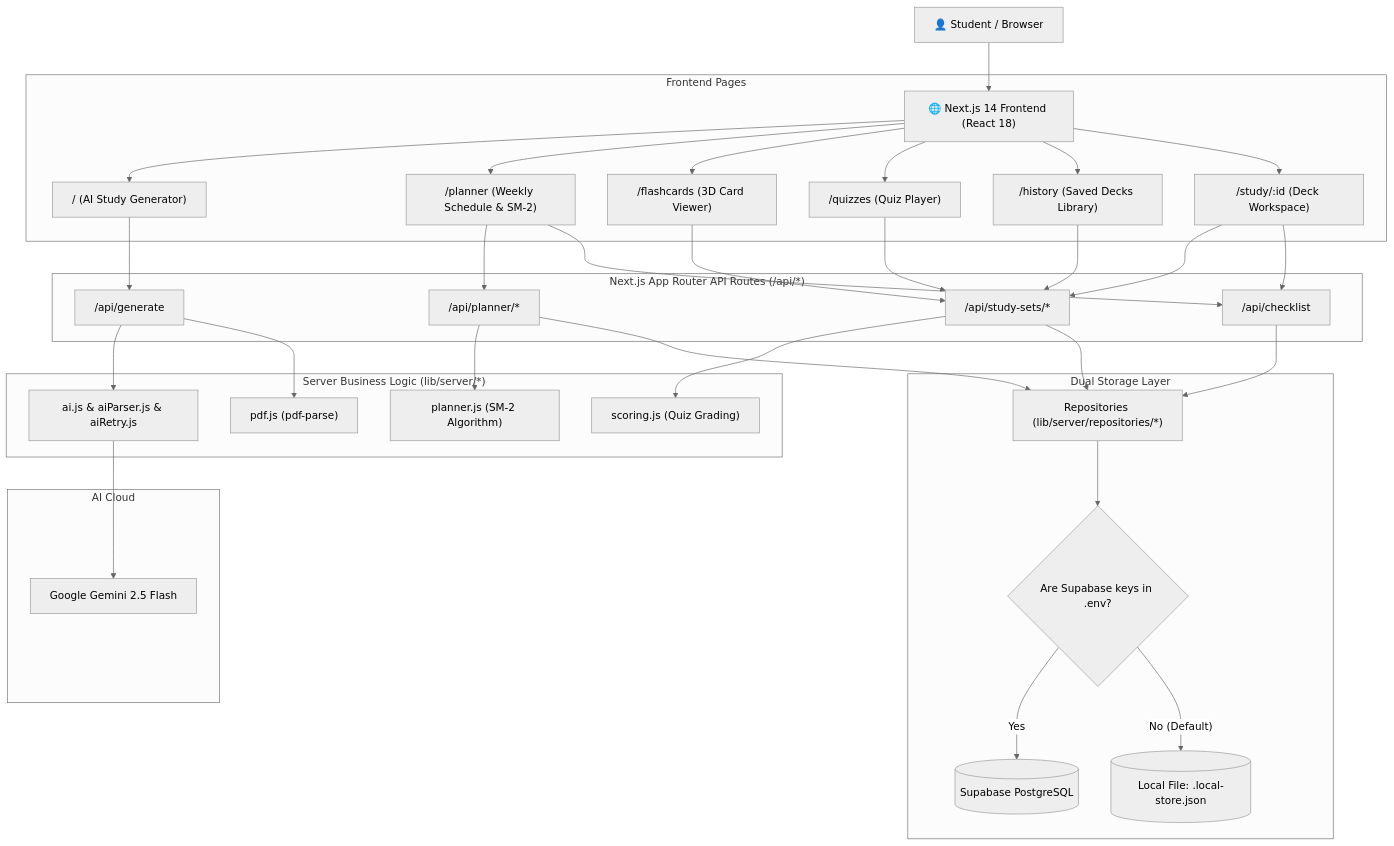
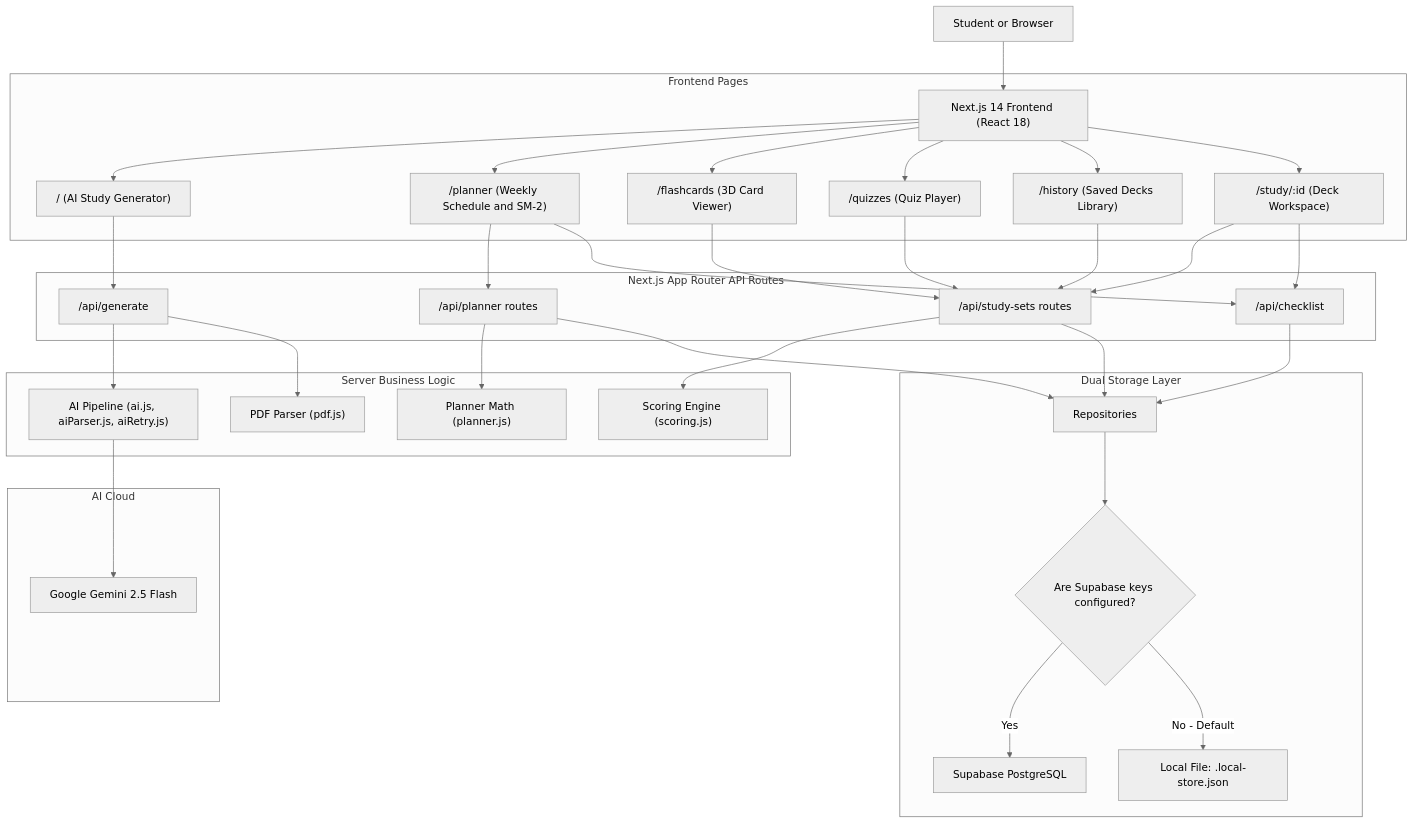
Before and after one commit to Binit08/study_planner: the first of 4 diagrams in README.md, drawn with Mermaid (neutral theme). The commit also changed other lines of this file and 4 other files, not shown here.

Commit message:
fix diagrams in readme

````diff
--- a/README.md
+++ b/README.md
@@ -13,38 +13,44 @@
 ```mermaid
 flowchart TD
-    User["👤 Student / Browser"] --> UI["🌐 Next.js 14 Frontend (React 18)"]
+    User["Student or Browser"] --> UI["Next.js 14 Frontend (React 18)"]
 
     subgraph Pages ["Frontend Pages"]
         UI --> P1["/ (AI Study Generator)"]
-        UI --> P2["/planner (Weekly Schedule & SM-2)"]
+        UI --> P2["/planner (Weekly Schedule and SM-2)"]
         UI --> P3["/flashcards (3D Card Viewer)"]
         UI --> P4["/quizzes (Quiz Player)"]
         UI --> P5["/history (Saved Decks Library)"]
         UI --> P6["/study/:id (Deck Workspace)"]
     end
 
-    subgraph Backend ["Next.js App Router API Routes (/api/*)"]
+    subgraph Backend ["Next.js App Router API Routes"]
         P1 --> API_Gen["/api/generate"]
-        P2 --> API_Plan["/api/planner/*"]
-        P3 & P4 & P5 & P6 --> API_Sets["/api/study-sets/*"]
-        P2 & P6 --> API_Check["/api/checklist"]
+        P2 --> API_Plan["/api/planner routes"]
+        P3 --> API_Sets["/api/study-sets routes"]
+        P4 --> API_Sets
+        P5 --> API_Sets
+        P6 --> API_Sets
+        P2 --> API_Check["/api/checklist"]
+        P6 --> API_Check
     end
 
-    subgraph Logic ["Server Business Logic (lib/server/*)"]
-        API_Gen --> AI_Pipeline["ai.js & aiParser.js & aiRetry.js"]
-        API_Gen --> PDF_Parser["pdf.js (pdf-parse)"]
-        API_Plan --> Planner_Math["planner.js (SM-2 Algorithm)"]
-        API_Sets --> Scoring_Engine["scoring.js (Quiz Grading)"]
+    subgraph Logic ["Server Business Logic"]
+        API_Gen --> AI_Pipeline["AI Pipeline (ai.js, aiParser.js, aiRetry.js)"]
+        API_Gen --> PDF_Parser["PDF Parser (pdf.js)"]
+        API_Plan --> Planner_Math["Planner Math (planner.js)"]
+        API_Sets --> Scoring_Engine["Scoring Engine (scoring.js)"]
     end
 
     subgraph AI ["AI Cloud"]
         AI_Pipeline --> Gemini["Google Gemini 2.5 Flash"]
     end
 
     subgraph Storage ["Dual Storage Layer"]
-        API_Sets & API_Plan & API_Check --> Repos["Repositories (lib/server/repositories/*)"]
-        Repos --> Check{"Are Supabase keys in .env?"}
-        Check -- "Yes" --> Supabase[("Supabase PostgreSQL")]
-        Check -- "No (Default)" --> LocalJSON[("Local File: .local-store.json")]
+        API_Sets --> Repos["Repositories"]
+        API_Plan --> Repos
+        API_Check --> Repos
+        Repos --> Check{"Are Supabase keys configured?"}
+        Check -->|Yes| Supabase["Supabase PostgreSQL"]
+        Check -->|No - Default| LocalJSON["Local File: .local-store.json"]
     end
 ```
````
